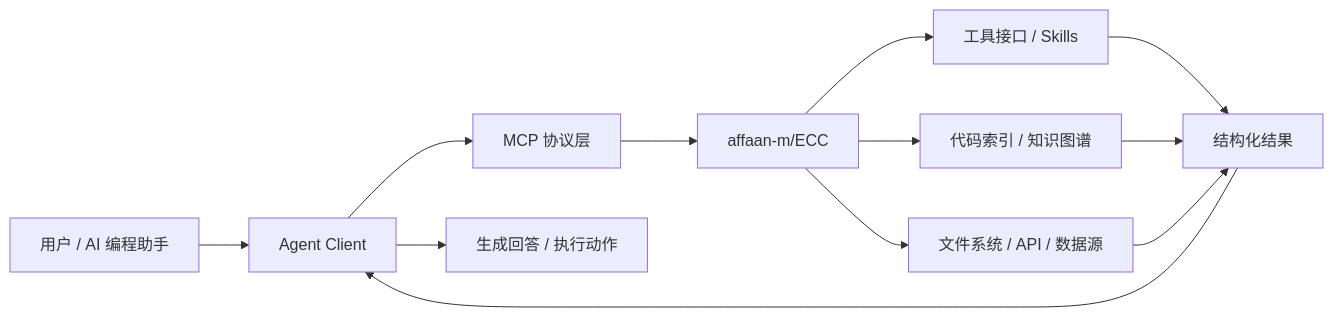
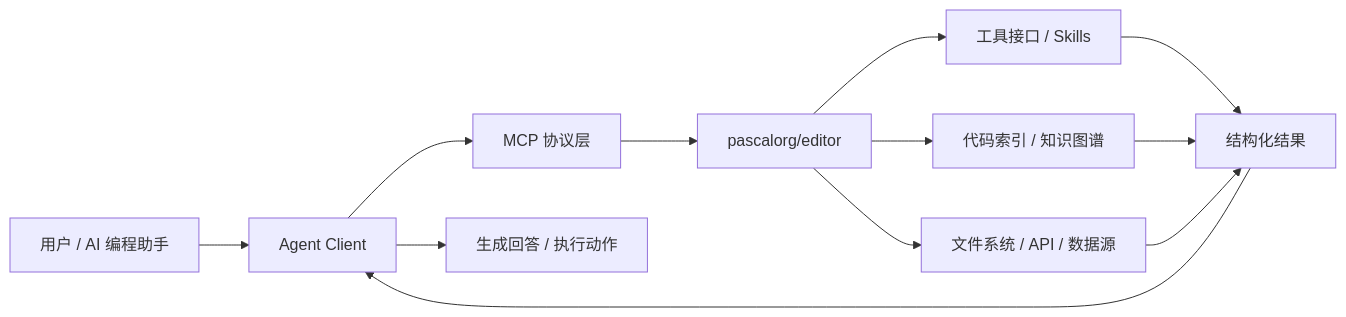
The fourth of 5 diagrams in TRENDING.md (Lingwangla/github_trend), drawn with Mermaid before and after one commit. The commit also changed other lines of this file and 2 other files, not shown here.

````diff
--- a/TRENDING.md
+++ b/TRENDING.md
@@ -149,14 +149,14 @@
 ```mermaid
 flowchart LR
     User[用户 / AI 编程助手] --> Client[Agent Client]
     Client --> Protocol[MCP 协议层]
-    Protocol --> Server[affaan-m/ECC]
+    Protocol --> Server[pascalorg/editor]
     Server --> Tools[工具接口 / Skills]
     Server --> Index[代码索引 / 知识图谱]
     Server --> Data[文件系统 / API / 数据源]
     Tools --> Result[结构化结果]
     Index --> Result
     Data --> Result
     Result --> Client
     Client --> Answer[生成回答 / 执行动作]
 ```
````
